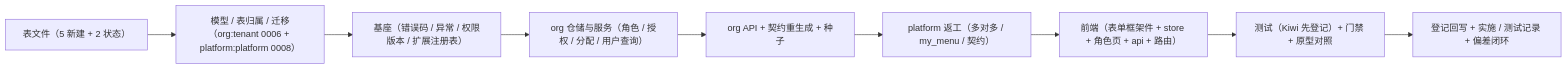
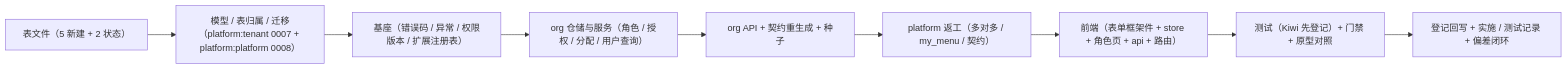
One commit to minjian123/basic-management-system changed the third of 3 diagrams in bms文档/项目/07_RBAC基础模块/任务/02_用户与角色/02_用户与角色_03_角色管理/设计/01_详细设计_03_角色管理.md. Above: the diagram before and after it, drawn with Mermaid. The commit also changed other lines of this file and 8 other files, not shown here.

````diff
--- a/bms文档/项目/07_RBAC基础模块/任务/02_用户与角色/02_用户与角色_03_角色管理/设计/01_详细设计_03_角色管理.md
+++ b/bms文档/项目/07_RBAC基础模块/任务/02_用户与角色/02_用户与角色_03_角色管理/设计/01_详细设计_03_角色管理.md
@@ -394,11 +394,11 @@
 ```mermaid
 flowchart LR
-    A["表文件（5 新建 + 2 状态）"] --> B["模型 / 表归属 / 迁移（org:tenant 0006 + platform:platform 0008）"]
+    A["表文件（5 新建 + 2 状态）"] --> B["模型 / 表归属 / 迁移（platform:tenant 0007 + platform:platform 0008）"]
     B --> C["基座（错误码 / 异常 / 权限版本 / 扩展注册表）"]
     C --> D["org 仓储与服务（角色 / 授权 / 分配 / 用户查询）"]
     D --> E["org API + 契约重生成 + 种子"]
     E --> F["platform 返工（多对多 / my_menu / 契约）"]
     F --> G["前端（表单框架件 + store + 角色页 + api + 路由）"]
     G --> H["测试（Kiwi 先登记）+ 门禁 + 原型对照"]
     H --> I["登记回写 + 实施 / 测试记录 + 偏差闭环"]
 ```
````
